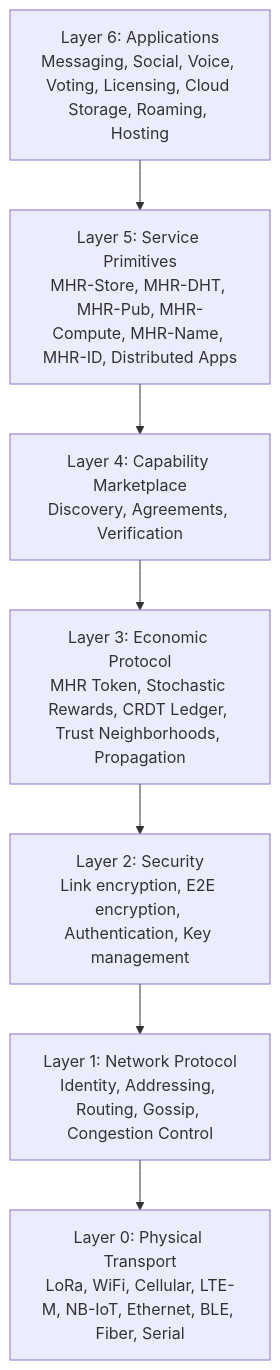
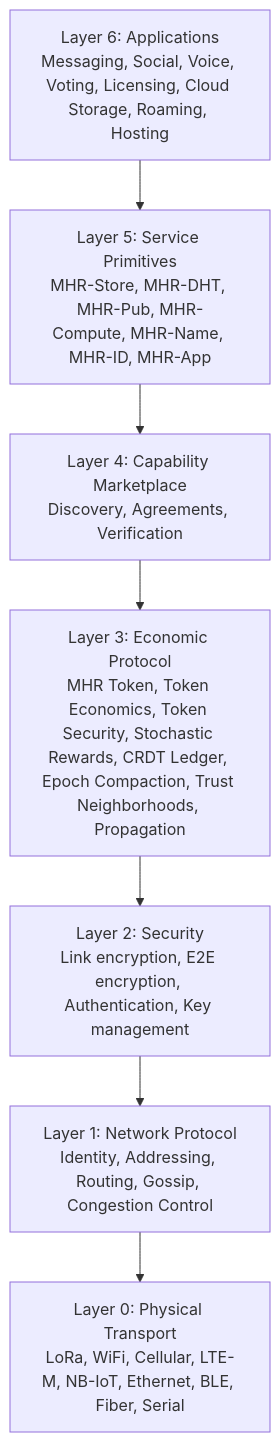
Before and after one commit to SorenSaket/Mehr-Network-Docs: the diagram in docs/specification.md, drawn with Mermaid. The commit also changed other lines of this file and 70 other files, not shown here.

````diff
--- a/docs/specification.md
+++ b/docs/specification.md
@@ -119,10 +119,10 @@
 ```mermaid
 graph TD
     L6["Layer 6: Applications<br/>Messaging, Social, Voice, Voting, Licensing, Cloud Storage, Roaming, Hosting"] --> L5
-    L5["Layer 5: Service Primitives<br/>MHR-Store, MHR-DHT, MHR-Pub, MHR-Compute, MHR-Name, MHR-ID, Distributed Apps"] --> L4
+    L5["Layer 5: Service Primitives<br/>MHR-Store, MHR-DHT, MHR-Pub, MHR-Compute, MHR-Name, MHR-ID, MHR-App"] --> L4
     L4["Layer 4: Capability Marketplace<br/>Discovery, Agreements, Verification"] --> L3
-    L3["Layer 3: Economic Protocol<br/>MHR Token, Stochastic Rewards, CRDT Ledger, Trust Neighborhoods, Propagation"] --> L2
+    L3["Layer 3: Economic Protocol<br/>MHR Token, Token Economics, Token Security, Stochastic Rewards, CRDT Ledger, Epoch Compaction, Trust Neighborhoods, Propagation"] --> L2
     L2["Layer 2: Security<br/>Link encryption, E2E encryption, Authentication, Key management"] --> L1
     L1["Layer 1: Network Protocol<br/>Identity, Addressing, Routing, Gossip, Congestion Control"] --> L0
     L0["Layer 0: Physical Transport<br/>LoRa, WiFi, Cellular, LTE-M, NB-IoT, Ethernet, BLE, Fiber, Serial"]
 ```
````
